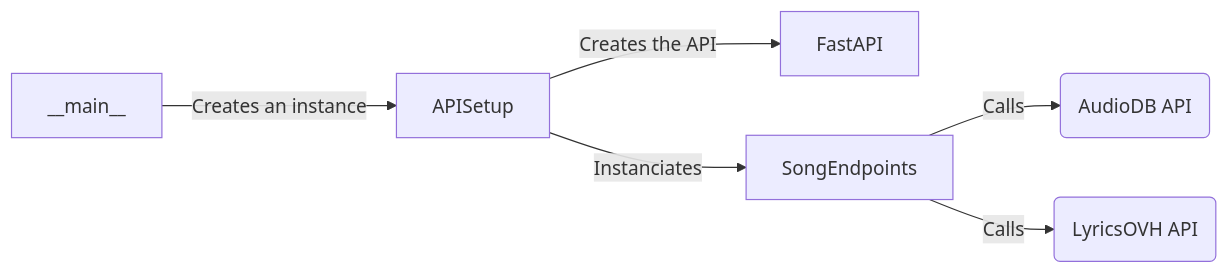
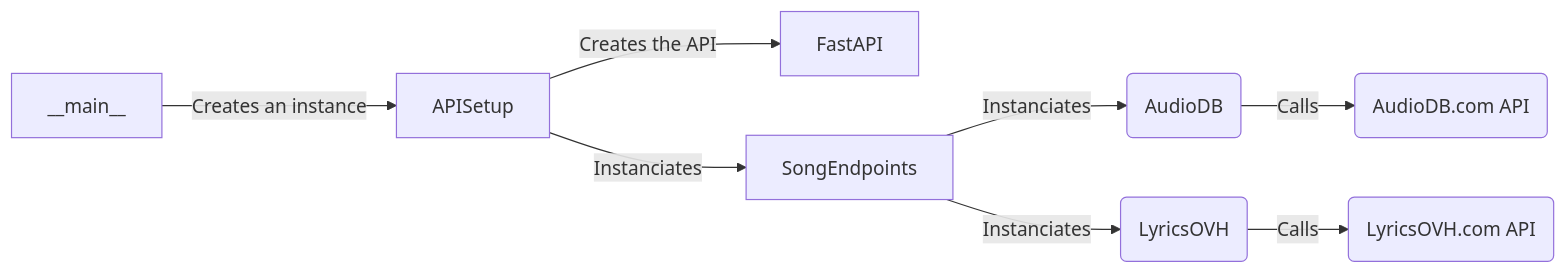
Before and after one commit to AlexandreBidon/playlist-maker: the diagram in README.md, drawn with Mermaid.

````diff
--- a/README.md
+++ b/README.md
@@ -46,9 +46,11 @@
 ```mermaid
 flowchart LR
 
     __main__ -- Creates an instance --> APISetup
     APISetup -- Creates the API --> FastAPI
     APISetup -- Instanciates --> SongEndpoints
-    SongEndpoints -- Calls --> id1(AudioDB API)
-    SongEndpoints -- Calls --> id2(LyricsOVH API) 
+    SongEndpoints -- Instanciates --> id1(AudioDB)
+    SongEndpoints -- Instanciates --> id2(LyricsOVH)
+    id1(AudioDB) -- Calls --> id3(AudioDB.com API)
+    id2(LyricsOVH) -- Calls --> id4(LyricsOVH.com API)
 ```
````
